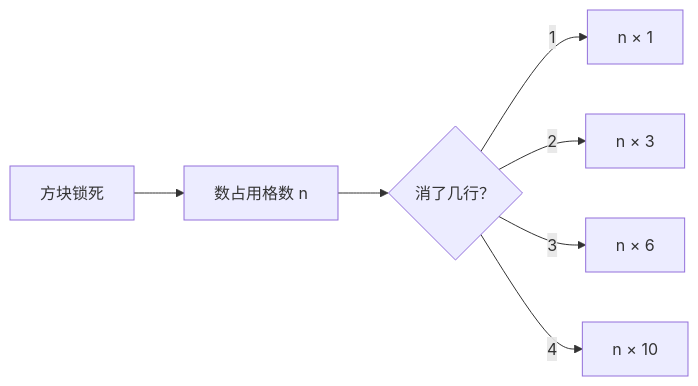
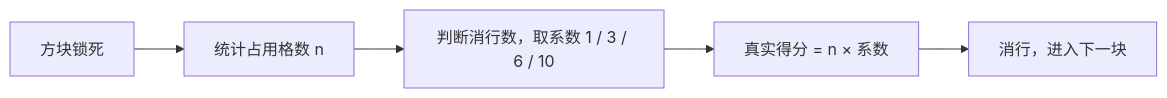
Before and after one commit to esrrhs/tetris-geek-challenge: the first of 3 diagrams in docs/AI解法.md, drawn with Mermaid. The commit also changed other lines of this file and 6 other files, not shown here.

Commit message:
更新 AI 解法：1,407,098 分及图文说明

````diff
--- a/docs/AI解法.md
+++ b/docs/AI解法.md
@@ -35,9 +24,7 @@
 ```mermaid
 flowchart LR
-  A["方块锁死"] --> B["数占用格数 n"]
-  B --> C{"消了几行？"}
-  C -->|1| D["n × 1"]
-  C -->|2| E["n × 3"]
-  C -->|3| F["n × 6"]
-  C -->|4| G["n × 10"]
+  A["方块锁死"] --> B["统计占用格数 n"]
+  B --> C["判断消行数，取系数 1 / 3 / 6 / 10"]
+  C --> D["真实得分 = n × 系数"]
+  D --> E["消行，进入下一块"]
 ```
````
